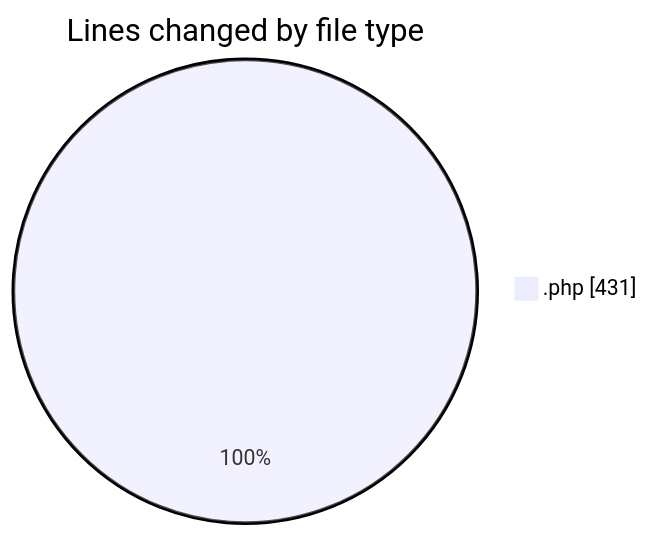
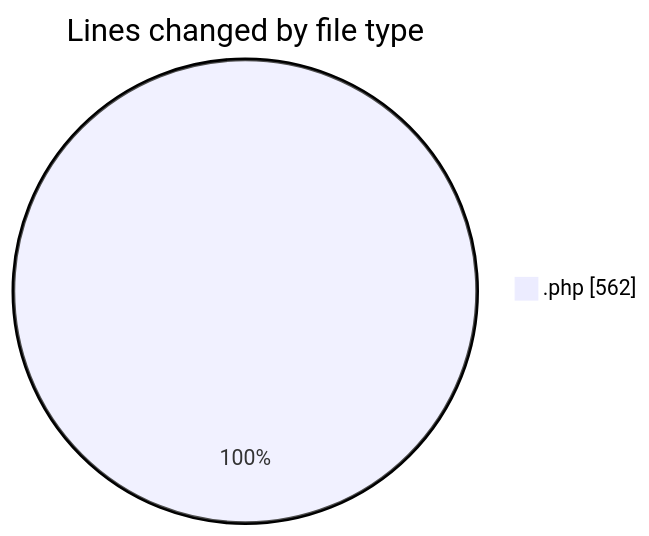
Before and after one commit to LanceThiago/code-tracking: the first of 2 diagrams in 2026-06-19/oficina/README.md, drawn with Mermaid. The commit also changed other lines of this file and 1 other file, not shown here.

````diff
--- a/2026-06-19/oficina/README.md
+++ b/2026-06-19/oficina/README.md
@@ -20,5 +21,5 @@
 ```mermaid
 pie showData
 title Lines changed by file type
-".php" : 431
+".php" : 562
 ```
````
